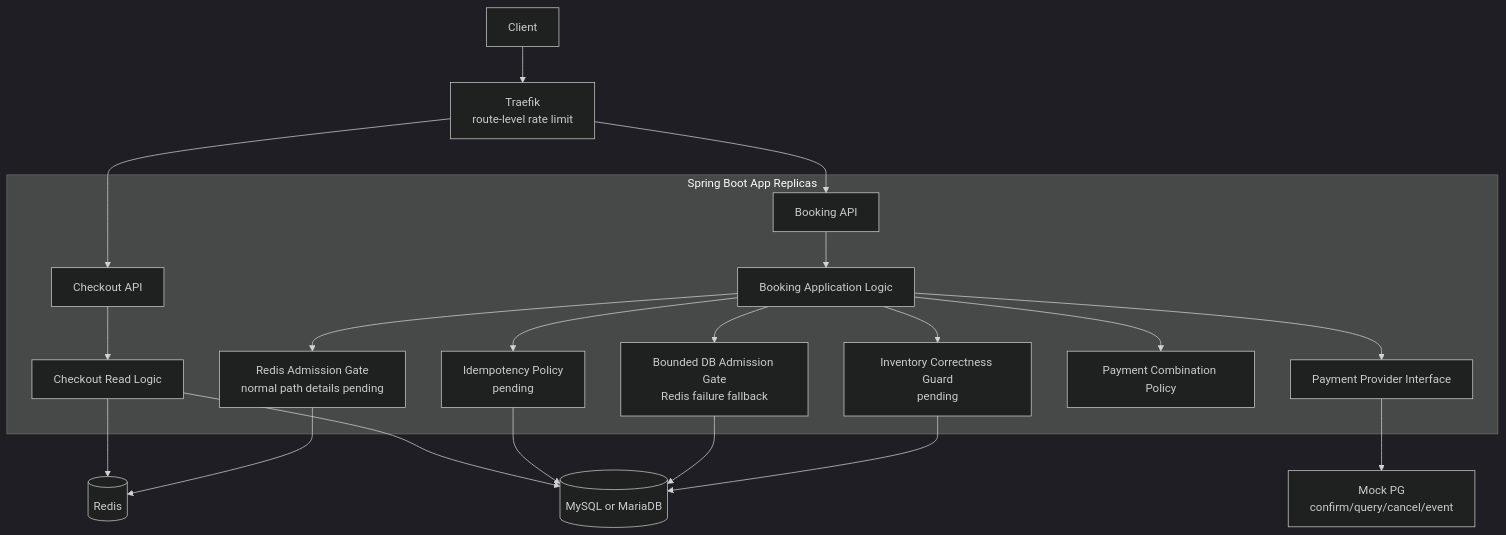
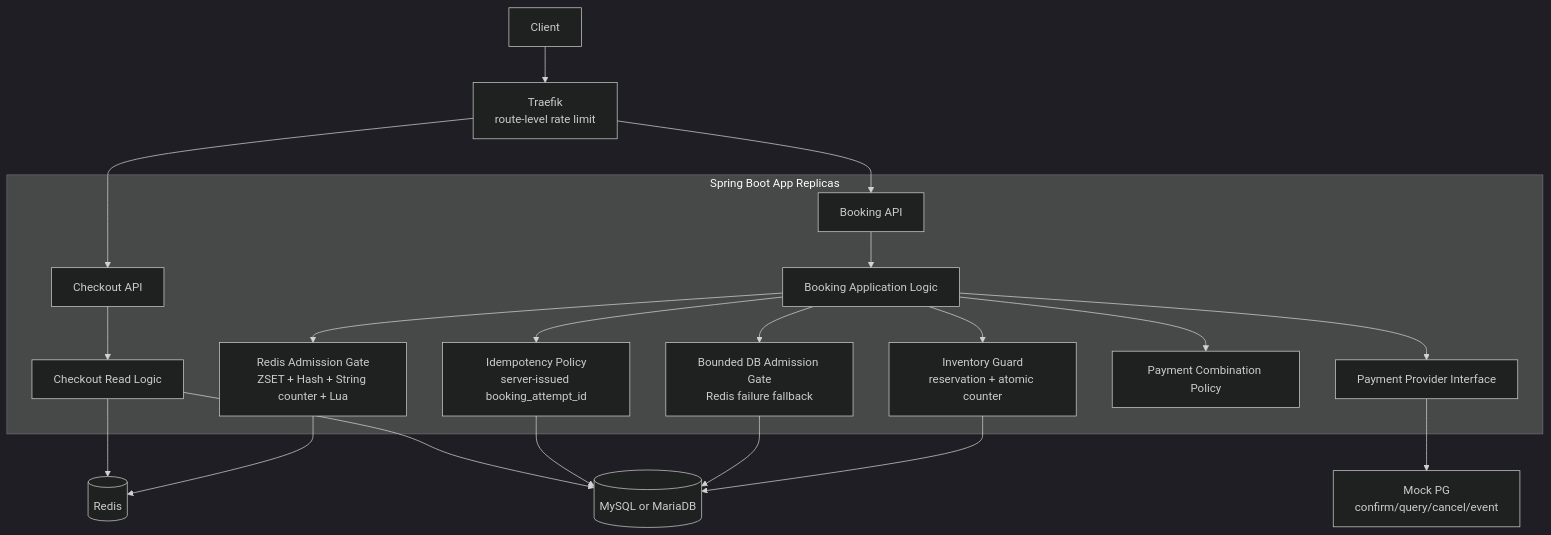
One commit to lsh1215/peak-booking-system changed the second of 5 diagrams in docs/system-design/sdd.md. Above: the diagram before and after it, drawn with Mermaid (dark theme). The commit also changed other lines of this file and 7 other files, not shown here.

````diff
--- a/docs/system-design/sdd.md
+++ b/docs/system-design/sdd.md
@@ -137,44 +138,44 @@
 ```mermaid
 flowchart TB
     Client[Client]
     Traefik["Traefik<br/>route-level rate limit"]
 
     subgraph App["Spring Boot App Replicas"]
         CheckoutController["Checkout API"]
         BookingController["Booking API"]
         CheckoutService["Checkout Read Logic"]
         BookingService["Booking Application Logic"]
-        IdempotencyPolicy["Idempotency Policy<br/>pending"]
-        InventoryGuard["Inventory Correctness Guard<br/>pending"]
-        RedisAdmission["Redis Admission Gate<br/>normal path details pending"]
+        IdempotencyPolicy["Idempotency Policy<br/>server-issued booking_attempt_id"]
+        InventoryGuard["Inventory Guard<br/>reservation + atomic counter"]
+        RedisAdmission["Redis Admission Gate<br/>ZSET + Hash + String counter + Lua"]
         DBAdmission["Bounded DB Admission Gate<br/>Redis failure fallback"]
         PaymentPolicy["Payment Combination Policy"]
         PaymentPort["Payment Provider Interface"]
     end
 
     Redis[(Redis)]
     RDB[(MySQL or MariaDB)]
     MockPG[Mock PG<br/>confirm/query/cancel/event]
 
     Client --> Traefik
     Traefik --> CheckoutController
     Traefik --> BookingController
 
     CheckoutController --> CheckoutService
     CheckoutService --> Redis
     CheckoutService --> RDB
 
     BookingController --> BookingService
     BookingService --> IdempotencyPolicy
     BookingService --> PaymentPolicy
     BookingService --> RedisAdmission
     BookingService --> DBAdmission
     BookingService --> InventoryGuard
     BookingService --> PaymentPort
 
     IdempotencyPolicy --> RDB
     RedisAdmission --> Redis
     DBAdmission --> RDB
     InventoryGuard --> RDB
     PaymentPort --> MockPG
 ```
````
